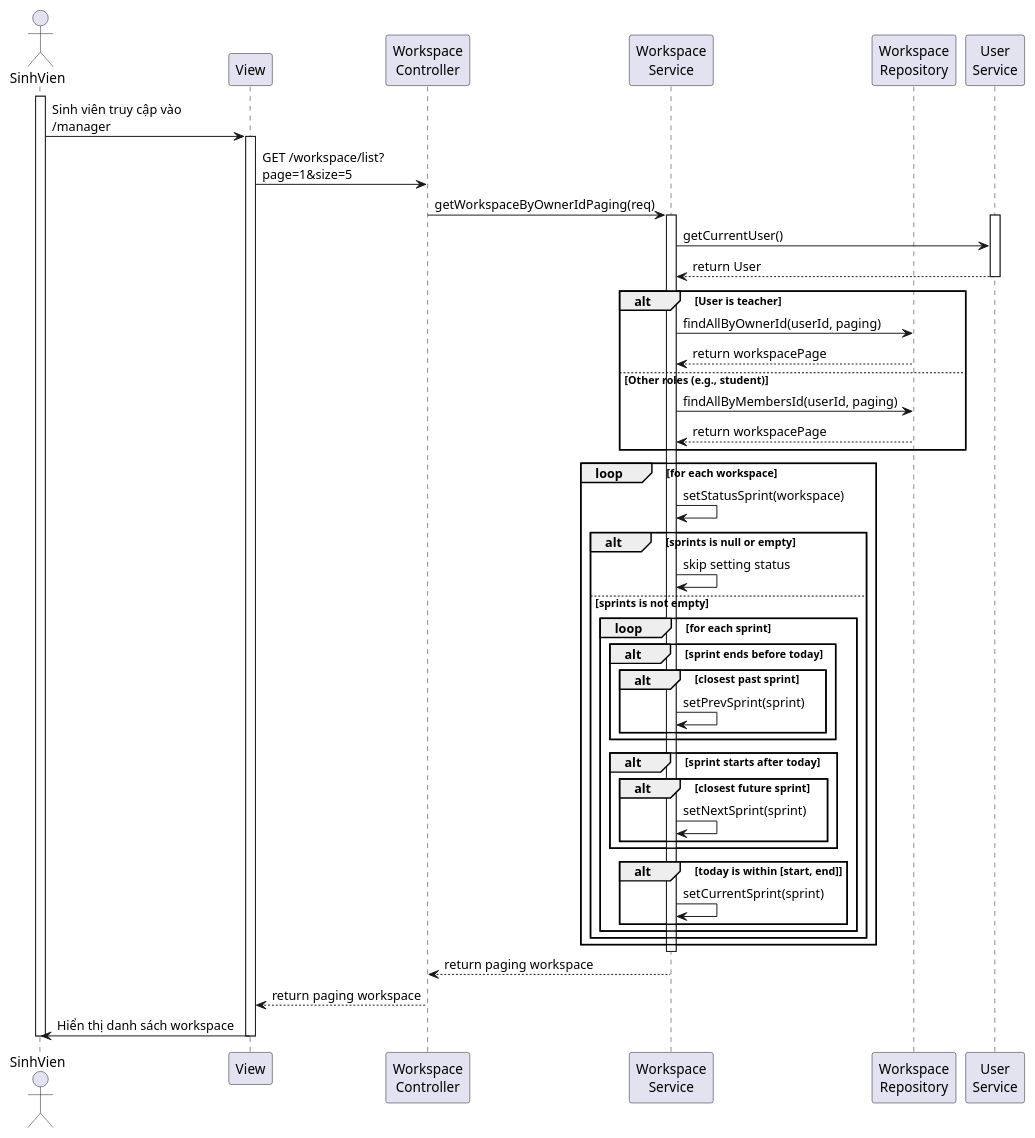
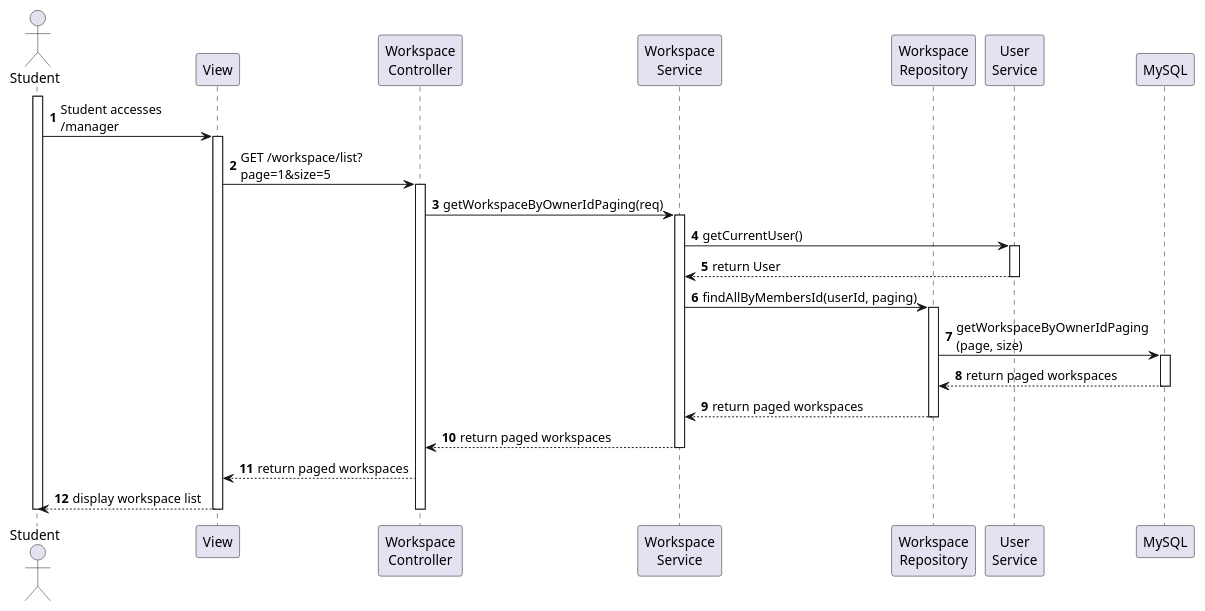
One commit to tandang2003/KLTN-Agile-Scrum-Tuan-Duc changed the diagram in swagger/sequence/student/workspace_view_joined.puml. Above: the diagram before and after it, drawn with PlantUML. The commit also changed 45 other files, not shown here.

Commit message:
feat: update sequence

```diff
--- a/swagger/sequence/student/workspace_view_joined.puml
+++ b/swagger/sequence/student/workspace_view_joined.puml
@@ -1,64 +1,45 @@
 @startuml
+autonumber
 
-actor SinhVien as SV
+actor Student as SV
 participant "View" as View
 participant "Workspace\nController" as Controller
 participant "Workspace\nService" as Service
 participant "Workspace\nRepository" as Repo
 participant "User\nService" as UService
+participant "MySQL" as MySQL
 
 activate SV
-SV -> View : Sinh viên truy cập vào\n/manager
+SV -> View : Student accesses\n/manager
 
 activate View
 View -> Controller : GET /workspace/list?\npage=1&size=5
+
+activate Controller
 Controller -> Service : getWorkspaceByOwnerIdPaging(req)
 
 activate Service
+Service -> UService : getCurrentUser()
 activate UService
-Service -> UService : getCurrentUser()
 UService --> Service : return User
 deactivate UService
 
-alt User is teacher
-    Service -> Repo : findAllByOwnerId(userId, paging)
-    Repo --> Service : return workspacePage
-else Other roles (e.g., student)
-    Service -> Repo : findAllByMembersId(userId, paging)
-    Repo --> Service : return workspacePage
-end
+Service -> Repo : findAllByMembersId(userId, paging)
+activate Repo
+Repo -> MySQL : getWorkspaceByOwnerIdPaging\n(page, size)
+activate MySQL
+MySQL --> Repo : return paged workspaces
+deactivate MySQL
+Repo --> Service : return paged workspaces
+deactivate Repo
 
-loop for each workspace
-    Service -> Service : setStatusSprint(workspace)
-    
-    alt sprints is null or empty
-        Service -> Service : skip setting status
-    else sprints is not empty
-        loop for each sprint
-            alt sprint ends before today
-                alt closest past sprint
-                    Service -> Service : setPrevSprint(sprint)
-                end
-            end
-
-            alt sprint starts after today
-                alt closest future sprint
-                    Service -> Service : setNextSprint(sprint)
-                end
-            end
-
-            alt today is within [start, end]
-                Service -> Service : setCurrentSprint(sprint)
-            end
-        end
-    end
-end
+Service --> Controller : return paged workspaces
 deactivate Service
 
-Service --> Controller : return paging workspace
-Controller --> View : return paging workspace
-View -> SV : Hiển thị danh sách workspace
+Controller --> View : return paged workspaces
+View --> SV : display workspace list
 
+deactivate Controller
 deactivate View
 deactivate SV
 @enduml
```
